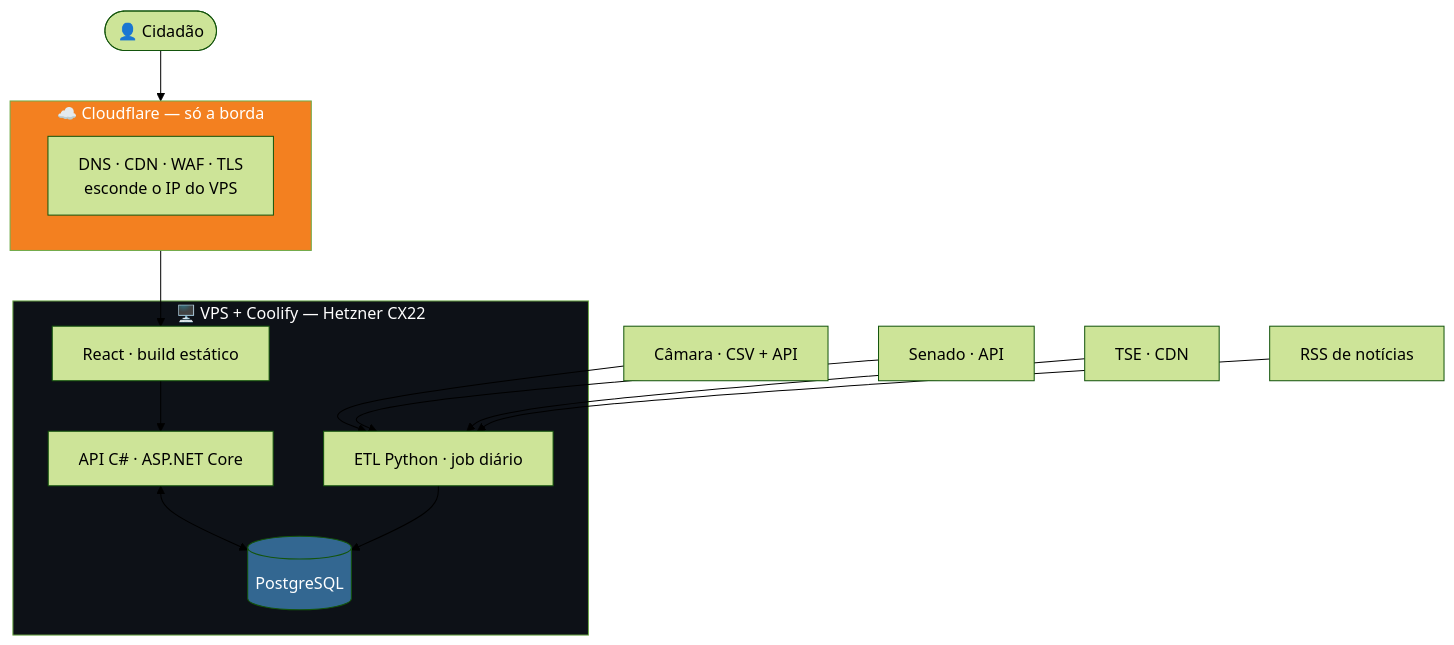
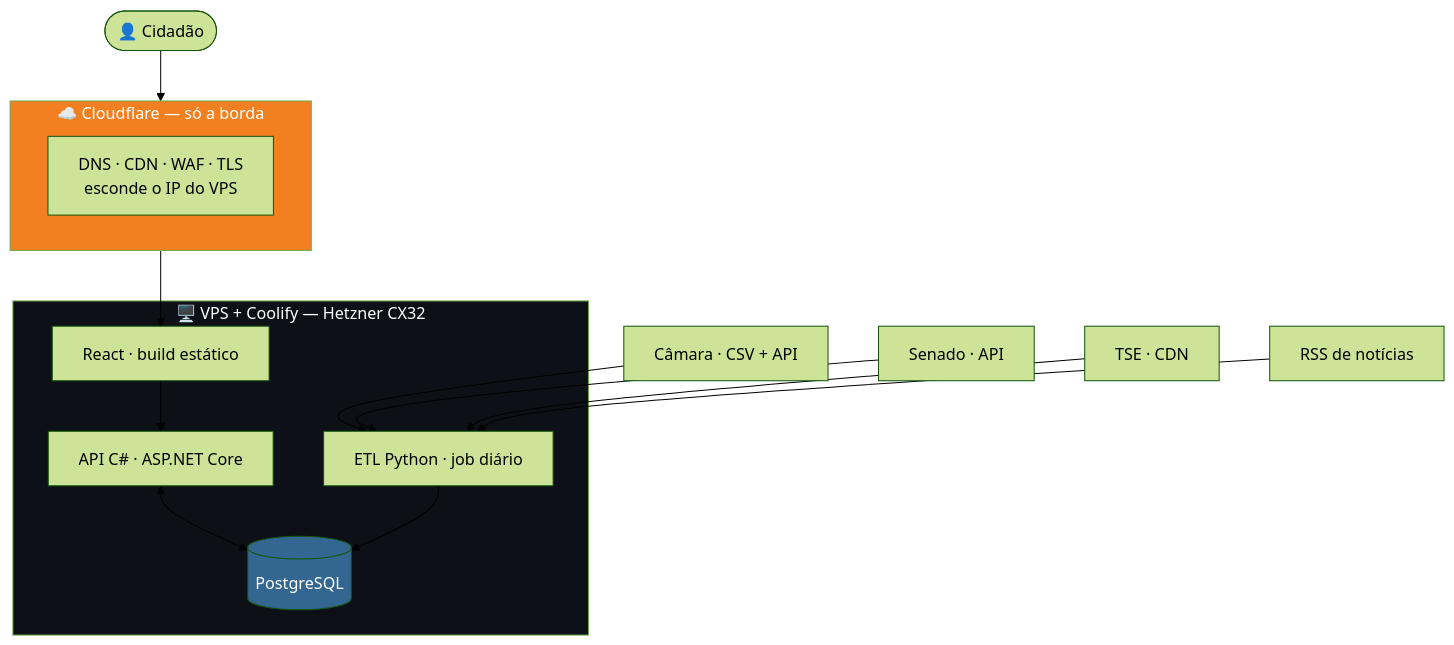
One commit to IgorLucasAssuncao/poligraph changed the first of 2 diagrams in docs/plano/01-arquitetura.md. Above: the diagram before and after it, drawn with Mermaid (forest theme). The commit also changed other lines of this file, not shown here.

First line of the commit message:
docs: redimensiona para CX32 e alinha o diagrama

````diff
--- a/docs/plano/01-arquitetura.md
+++ b/docs/plano/01-arquitetura.md
@@ -29,29 +29,29 @@
 ```mermaid
 flowchart TB
     U(["👤 Cidadão"]) --> CF
 
     subgraph CF["☁️ Cloudflare — só a borda"]
         DNS["DNS · CDN · WAF · TLS<br/>esconde o IP do VPS"]
     end
 
-    subgraph VPS["🖥️ VPS + Coolify — Hetzner CX22"]
+    subgraph VPS["🖥️ VPS + Coolify — Hetzner CX32"]
         WEB["React · build estático"]
         API["API C# · ASP.NET Core"]
         PG[("PostgreSQL")]
         ETL["ETL Python · job diário"]
         WEB --> API
         API <--> PG
         ETL --> PG
     end
 
     F1["Câmara · CSV + API"] --> ETL
     F2["Senado · API"] --> ETL
     F3["TSE · CDN"] --> ETL
     F4["RSS de notícias"] --> ETL
 
     CF --> WEB
 
     style CF fill:#f38020,color:#fff
     style VPS fill:#0d1117,color:#fff
     style PG fill:#336791,color:#fff
 ```
````
